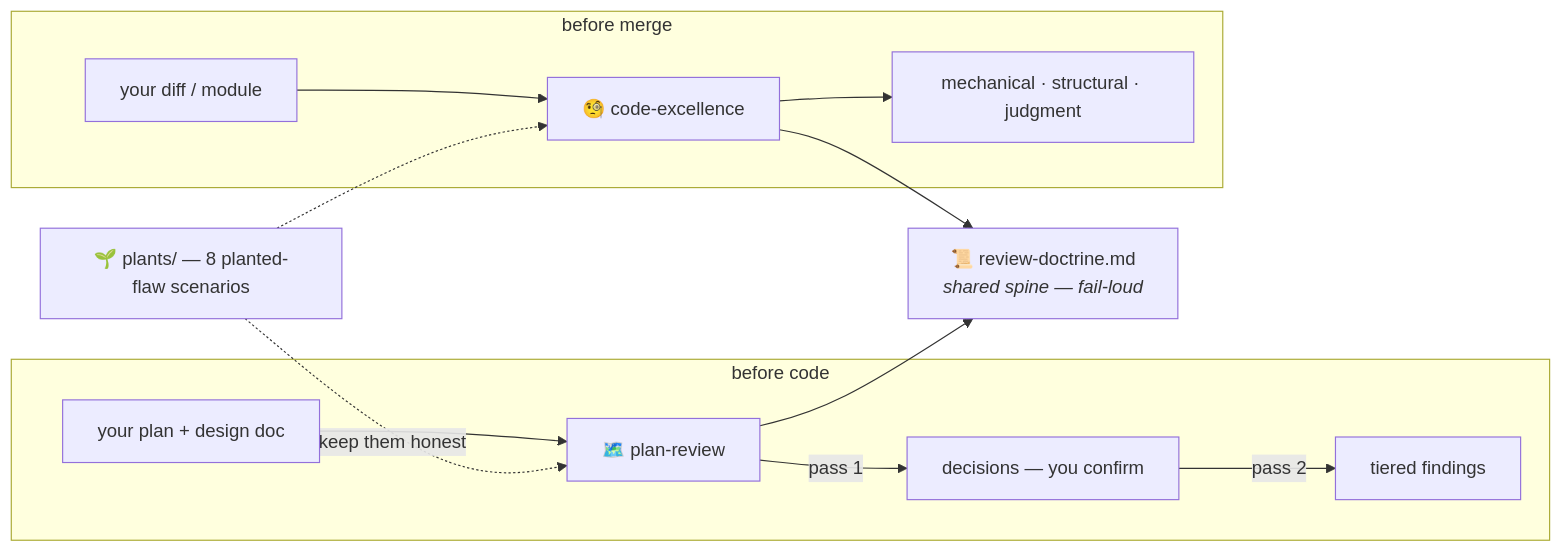
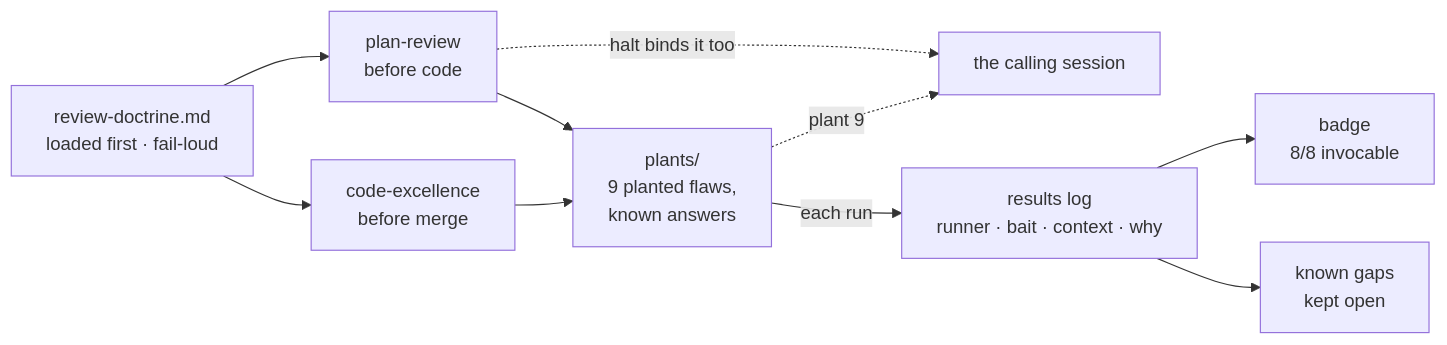
The diagram in README.md (mahmoudmoe84/review-toolkit), drawn with Mermaid before and after one commit. The commit also changed other lines of this file and 8 other files, not shown here.

````diff
--- a/README.md
+++ b/README.md
@@ -34,20 +53,13 @@
 ```mermaid
 flowchart LR
-    D[📜 review-doctrine.md<br/><i>shared spine — fail-loud</i>]
-    P[🗺️ plan-review] --> D
-    C[🧐 code-excellence] --> D
-
-    subgraph before code
-        PLAN[your plan + design doc] --> P
-        P -->|pass 1| DEC[decisions — you confirm]
-        DEC -->|pass 2| F1[tiered findings]
-    end
-
-    subgraph before merge
-        DIFF[your diff / module] --> C
-        C --> F2[mechanical · structural · judgment]
-    end
-
-    PL[🌱 plants/ — 8 planted-flaw scenarios] -.->|keep them honest| P
-    PL -.-> C
+    D[review-doctrine.md<br/>loaded first · fail-loud]
+    D --> PR[plan-review<br/>before code]
+    D --> CE[code-excellence<br/>before merge]
+    PR --> PL[plants/<br/>9 planted flaws,<br/>known answers]
+    CE --> PL
+    PR -.->|halt binds it too| CALLER[the calling session]
+    PL -->|each run| LOG[results log<br/>runner · bait · context · why]
+    LOG --> B[badge<br/>8/8 invocable]
+    LOG --> G[known gaps<br/>kept open]
+    PL -.->|plant 9| CALLER
 ```
````
